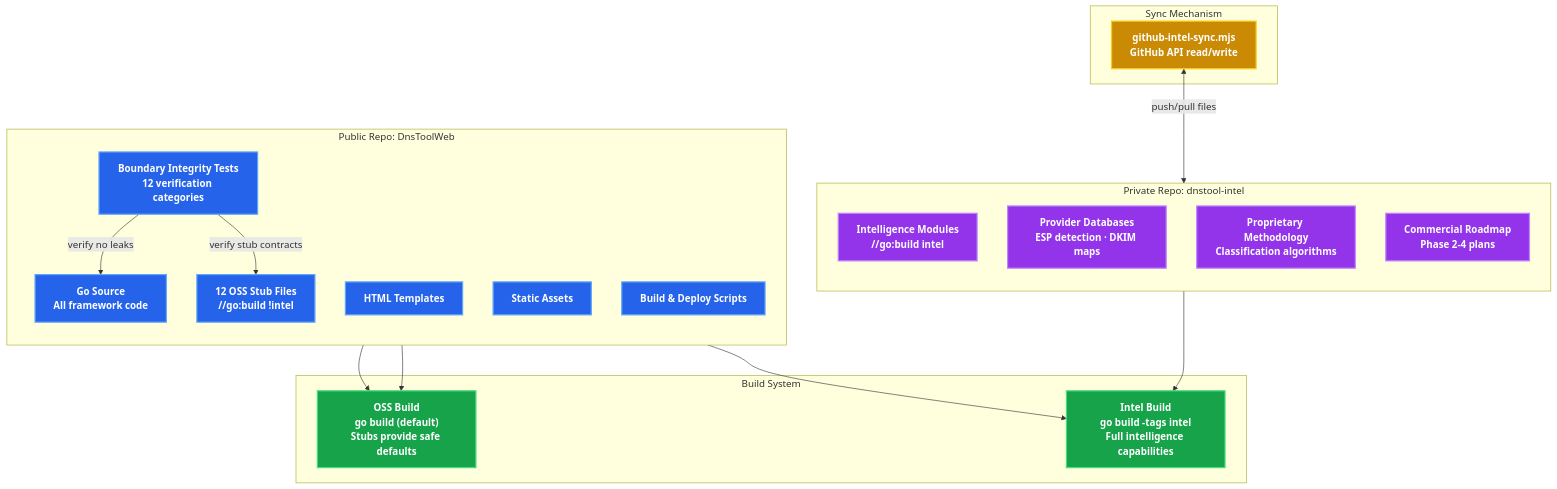
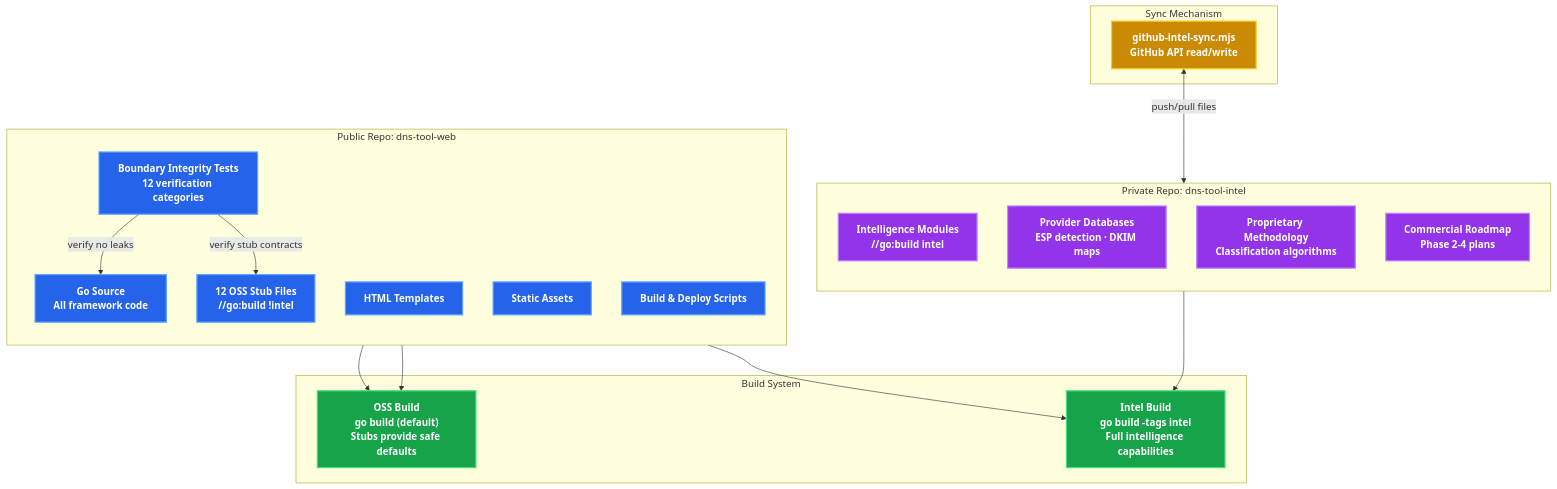
Before and after one commit to careyjames/DnsToolWeb: the fourth of 7 diagrams in docs/architecture/SYSTEM_ARCHITECTURE.md, drawn with Mermaid. The commit also changed other lines of this file and 59 other files, not shown here.

````diff
--- a/docs/architecture/SYSTEM_ARCHITECTURE.md
+++ b/docs/architecture/SYSTEM_ARCHITECTURE.md
@@ -211,47 +211,47 @@
 ```mermaid
 graph TB
-    subgraph "Public Repo: DnsToolWeb"
+    subgraph "Public Repo: dns-tool-web"
         direction TB
         PublicGo["Go Source<br/>All framework code"]
         Stubs["12 OSS Stub Files<br/>//go:build !intel"]
         Templates2["HTML Templates"]
         Static["Static Assets"]
         Tests["Boundary Integrity Tests<br/>12 verification categories"]
         Scripts["Build & Deploy Scripts"]
     end
 
-    subgraph "Private Repo: dnstool-intel"
+    subgraph "Private Repo: dns-tool-intel"
         direction TB
         Intel["Intelligence Modules<br/>//go:build intel"]
         ProviderDB["Provider Databases<br/>ESP detection · DKIM maps"]
         Methodology["Proprietary Methodology<br/>Classification algorithms"]
         Commercial["Commercial Roadmap<br/>Phase 2-4 plans"]
     end
 
     subgraph "Build System"
         BuildOSS["OSS Build<br/>go build (default)<br/>Stubs provide safe defaults"]
         BuildIntel["Intel Build<br/>go build -tags intel<br/>Full intelligence capabilities"]
     end
 
     subgraph "Sync Mechanism"
         Sync["github-intel-sync.mjs<br/>GitHub API read/write"]
     end
 
     PublicGo --> BuildOSS
     Stubs --> BuildOSS
     PublicGo --> BuildIntel
     Intel --> BuildIntel
     Sync <-->|"push/pull files"| Intel
     Tests -->|"verify no leaks"| PublicGo
     Tests -->|"verify stub contracts"| Stubs
 
     classDef default fill:#2563eb,stroke:#60a5fa,stroke-width:2px,color:#f0f6fc
     classDef public fill:#2563eb,stroke:#60a5fa,stroke-width:2px,color:#fff,font-weight:bold
     classDef private fill:#9333ea,stroke:#c084fc,stroke-width:2px,color:#fff,font-weight:bold
     classDef build fill:#16a34a,stroke:#4ade80,stroke-width:2px,color:#fff,font-weight:bold
     classDef sync fill:#ca8a04,stroke:#facc15,stroke-width:2px,color:#fff,font-weight:bold
     class PublicGo,Stubs,Templates2,Static,Tests,Scripts public
     class Intel,ProviderDB,Methodology,Commercial private
     class BuildOSS,BuildIntel build
     class Sync sync
 ```
````
